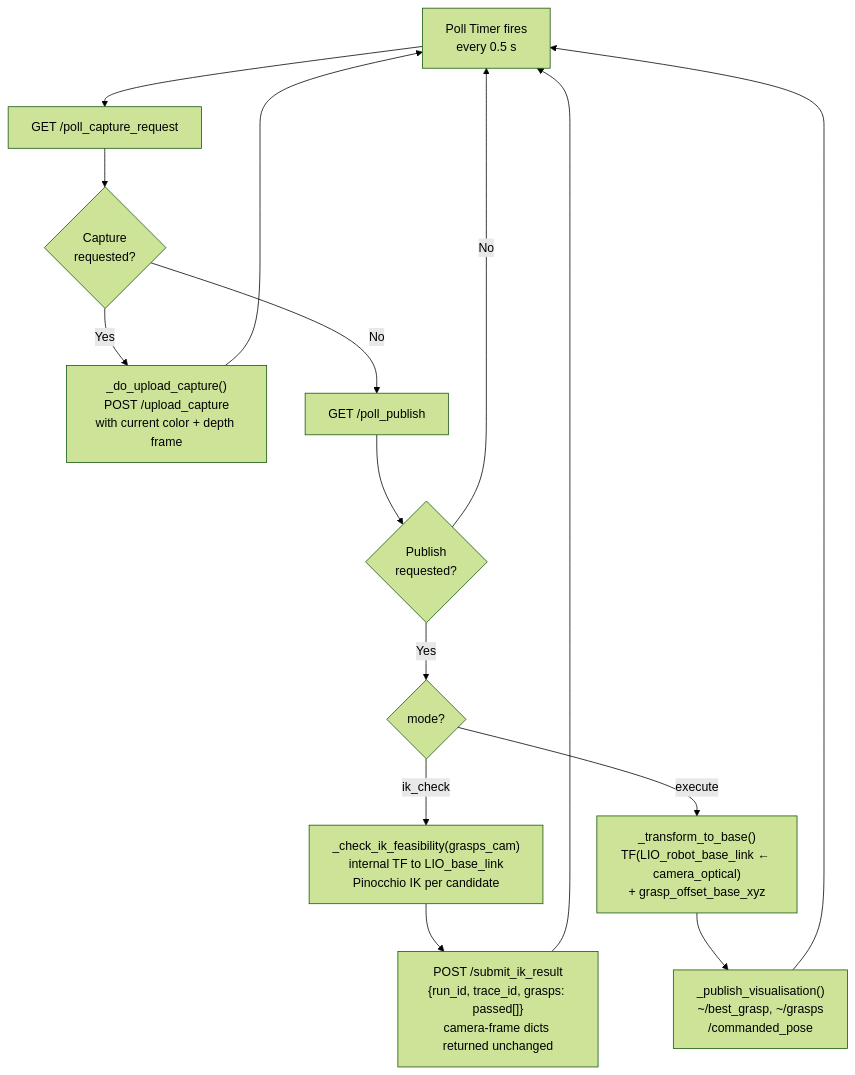
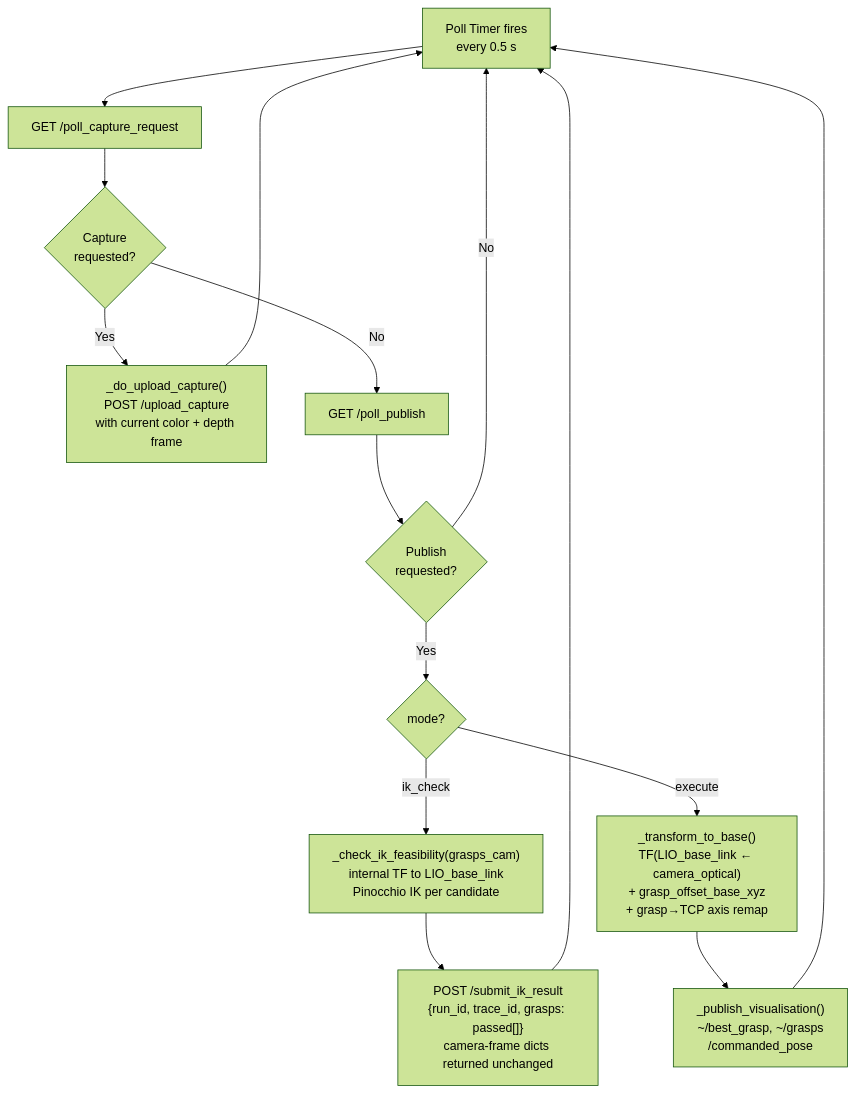
The sixth of 8 diagrams in src/grasp_pose_client/doc/overview.md (ZenWang00/Grasp-Pose-Generation), drawn with Mermaid (forest theme) before and after one commit. The commit also changed other lines of this file and 3 other files, not shown here.

First line of the commit message:
Remap grasp axes to LIO TCP convention and never publish camera-frame poses

````diff
--- a/src/grasp_pose_client/doc/overview.md
+++ b/src/grasp_pose_client/doc/overview.md
@@ -251,23 +253,23 @@
 ```mermaid
 flowchart TD
   T["Poll Timer fires\nevery 0.5 s"] --> A["GET /poll_capture_request"]
   A --> B{Capture\nrequested?}
 
   B -- Yes --> C["_do_upload_capture()\nPOST /upload_capture\nwith current color + depth frame"]
   C --> T
 
   B -- No --> D["GET /poll_publish"]
   D --> E{Publish\nrequested?}
 
   E -- No --> T
 
   E -- Yes --> F{mode?}
 
   F -- ik_check --> G["_check_ik_feasibility(grasps_cam)\ninternal TF to LIO_base_link\nPinocchio IK per candidate"]
   G --> H["POST /submit_ik_result\n{run_id, trace_id, grasps: passed[]}\ncamera-frame dicts returned unchanged"]
   H --> T
 
-  F -- execute --> I["_transform_to_base()\nTF(LIO_robot_base_link ← camera_optical)\n+ grasp_offset_base_xyz"]
+  F -- execute --> I["_transform_to_base()\nTF(LIO_base_link ← camera_optical)\n+ grasp_offset_base_xyz\n+ grasp→TCP axis remap"]
   I --> J["_publish_visualisation()\n~/best_grasp, ~/grasps\n/commanded_pose"]
   J --> T
 ```
````
